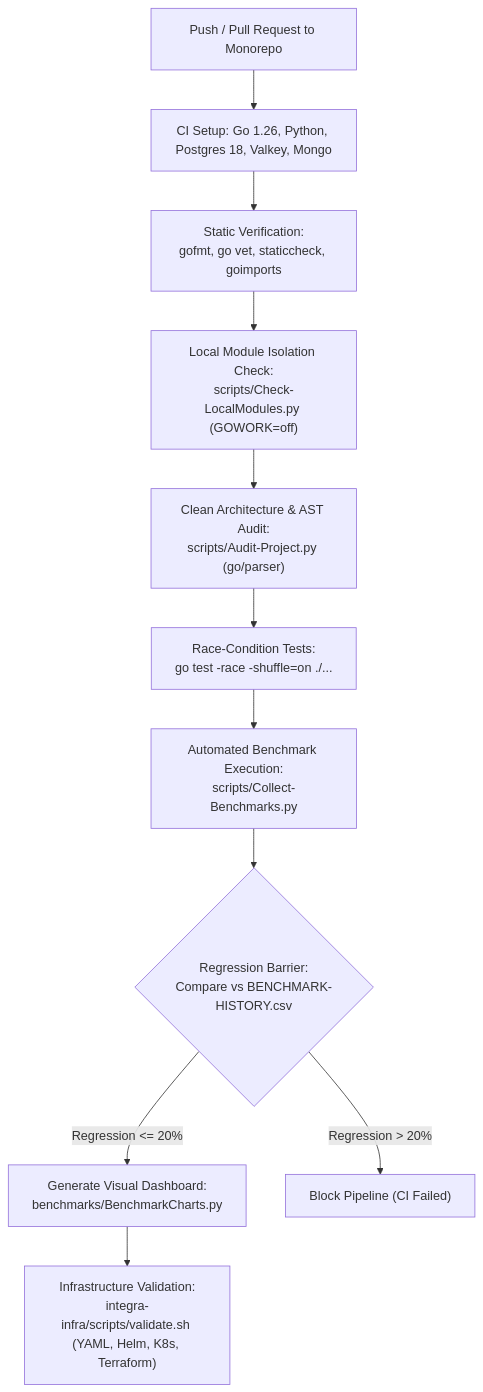
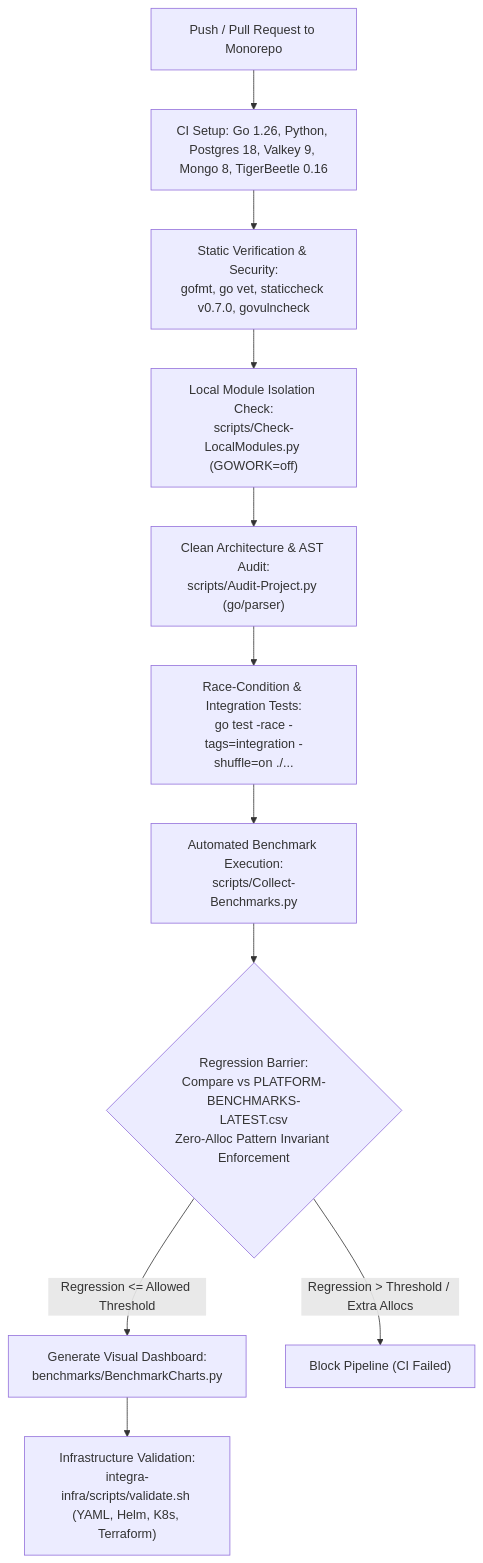
One commit to mateusz-kacpura/integra-core changed the diagram in docs/04-key-system-workflows/4.4-cicd-quality-pipeline.md. Above: the diagram before and after it, drawn with Mermaid. The commit also changed 27 other files, not shown here.

Commit message:
docs(core): update architecture and technical documentation with TigerBeetle ledger and performance optimizations

````diff
--- a/docs/04-key-system-workflows/4.4-cicd-quality-pipeline.md
+++ b/docs/04-key-system-workflows/4.4-cicd-quality-pipeline.md
@@ -7,13 +7,13 @@
 ```mermaid
 flowchart TD
-    Push["Push / Pull Request to Monorepo"] --> Setup["CI Setup: Go 1.26, Python, Postgres 18, Valkey, Mongo"]
-    Setup --> CodeCheck["Static Verification:<br/>gofmt, go vet, staticcheck, goimports"]
+    Push["Push / Pull Request to Monorepo"] --> Setup["CI Setup: Go 1.26, Python, Postgres 18, Valkey 9, Mongo 8, TigerBeetle 0.16"]
+    Setup --> CodeCheck["Static Verification & Security:<br/>gofmt, go vet, staticcheck v0.7.0, govulncheck"]
     CodeCheck --> ModCheck["Local Module Isolation Check:<br/>scripts/Check-LocalModules.py (GOWORK=off)"]
     ModCheck --> ArchAudit["Clean Architecture & AST Audit:<br/>scripts/Audit-Project.py (go/parser)"]
-    ArchAudit --> Tests["Race-Condition Tests:<br/>go test -race -shuffle=on ./..."]
+    ArchAudit --> Tests["Race-Condition & Integration Tests:<br/>go test -race -tags=integration -shuffle=on ./..."]
     Tests --> Bench["Automated Benchmark Execution:<br/>scripts/Collect-Benchmarks.py"]
-    Bench --> BenchGate{"Regression Barrier:<br/>Compare vs BENCHMARK-HISTORY.csv"}
-    BenchGate -- "Regression <= 20%" --> DashGen["Generate Visual Dashboard:<br/>benchmarks/BenchmarkCharts.py"]
-    BenchGate -- "Regression > 20%" --> Fail["Block Pipeline (CI Failed)"]
+    Bench --> BenchGate{"Regression Barrier:<br/>Compare vs PLATFORM-BENCHMARKS-LATEST.csv<br/>Zero-Alloc Pattern Invariant Enforcement"}
+    BenchGate -- "Regression <= Allowed Threshold" --> DashGen["Generate Visual Dashboard:<br/>benchmarks/BenchmarkCharts.py"]
+    BenchGate -- "Regression > Threshold / Extra Allocs" --> Fail["Block Pipeline (CI Failed)"]
     DashGen --> InfraVal["Infrastructure Validation:<br/>integra-infra/scripts/validate.sh (YAML, Helm, K8s, Terraform)"]
 ```
````
